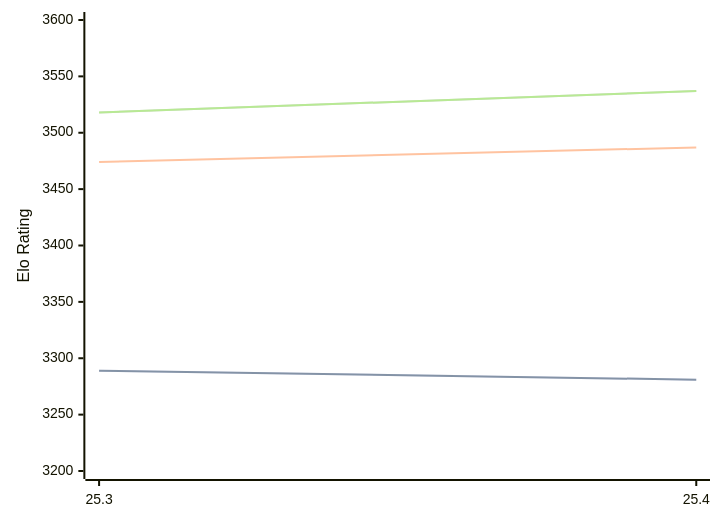
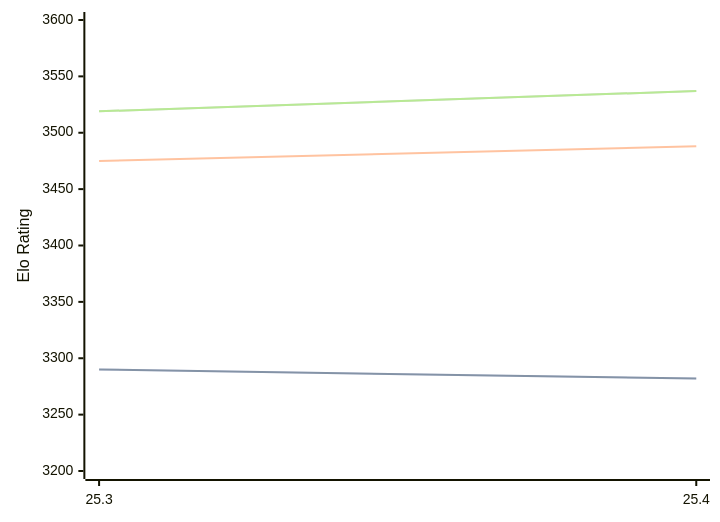
The diagram in engines/Arasan.md (computer-chess-index/cci), drawn with Mermaid before and after one commit. The commit also changed other lines of this file, not shown here.

Commit message:
Update CCI Ratings (ELO VLTC) - 2026-05-06

````diff
--- a/engines/Arasan.md
+++ b/engines/Arasan.md
@@ -33,11 +33,11 @@
 ```mermaid
 %%{init: {"theme":"base","themeVariables":{"seriesColors:['#a3a3a3','#222221','#faa371']}}}%%
 xychart-beta
   x-axis ["25.3", "25.4"]
   y-axis "Elo Rating" 3200 --> 3600
-  line "STC (8.0+0.08s)" [3289, 3281]
-  line "STC (8.0+0.08s)" [3289, 3281]
-  line "LTC (60.0+0.60s)" [3474, 3487]
-  line "VLTC (2m24s+1.12s)" [3518, 3537]
-  line "VLTC (2m24s+1.12s)" [3518, 3537]
+  line "STC (8.0+0.08s)" [3290, 3282]
+  line "STC (8.0+0.08s)" [3290, 3282]
+  line "LTC (60.0+0.60s)" [3475, 3488]
+  line "VLTC (2m24s+1.12s)" [3519, 3537]
+  line "VLTC (2m24s+1.12s)" [3519, 3537]
 ```
````
